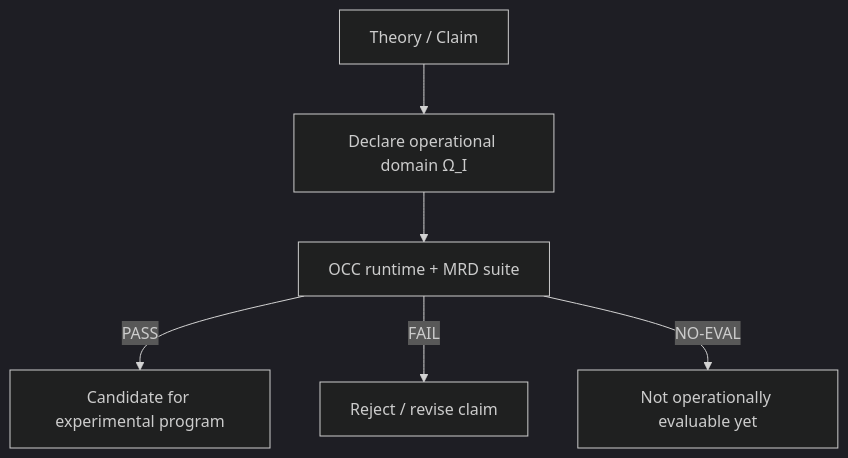
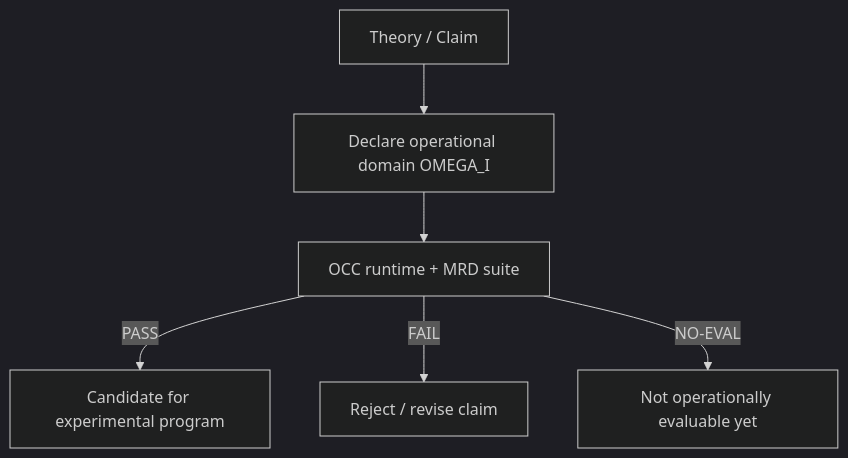
The diagram in README.md (MarcoAIsaac/OCC), drawn with Mermaid (dark theme) before and after one commit.

Commit message:
Fix Mermaid diagram rendering in README

````diff
--- a/README.md
+++ b/README.md
@@ -56,8 +56,8 @@
 ```mermaid
 flowchart TD
-  A[Theory / Claim] --> B[Declare operational domain Ω_I]
-  B --> C[OCC runtime + MRD suite]
-  C -->|PASS| D[Candidate for experimental program]
-  C -->|FAIL| E[Reject / revise claim]
-  C -->|NO‑EVAL| F[Not operationally evaluable yet]
+  A["Theory / Claim"] --> B["Declare operational domain OMEGA_I"]
+  B --> C["OCC runtime + MRD suite"]
+  C -->|PASS| D["Candidate for experimental program"]
+  C -->|FAIL| E["Reject / revise claim"]
+  C -->|NO-EVAL| F["Not operationally evaluable yet"]
 ```
````
